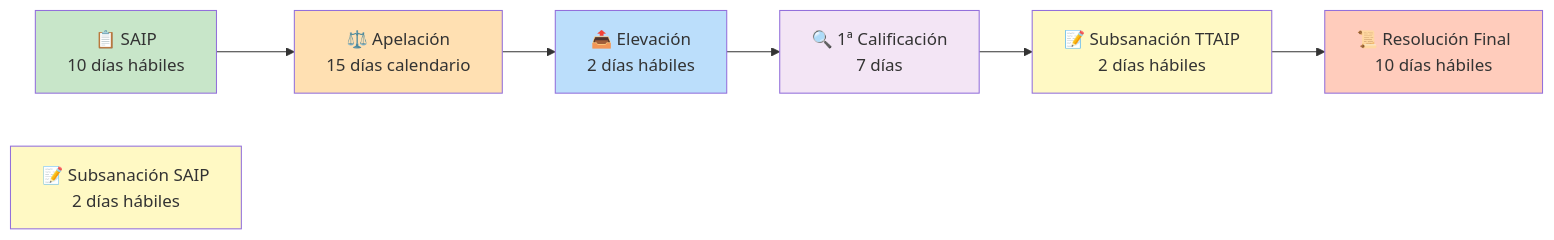
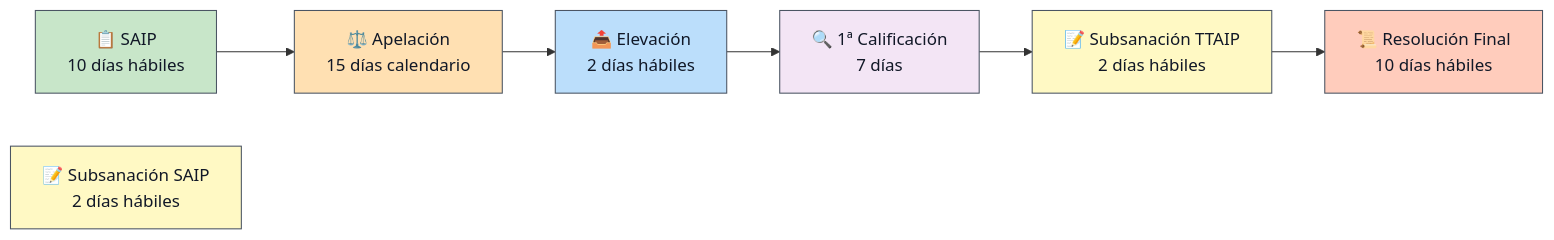
The diagram in docs/src/content/docs/dominio/glosario.mdx (transparenciapublicadev/plataforma-saip-apelaciones), drawn with Mermaid before and after one commit. The commit also changed other lines of this file and 4 other files, not shown here.

First line of the commit message:
✨ feat(docs): improve Mermaid contrast and add docs CI workflow

````diff
--- a/docs/src/content/docs/dominio/glosario.mdx
+++ b/docs/src/content/docs/dominio/glosario.mdx
@@ -92,24 +92,24 @@
 ```mermaid
 graph LR
     P1["📋 SAIP<br/>10 días hábiles"]
     P2["📝 Subsanación SAIP<br/>2 días hábiles"]
     P3["⚖️ Apelación<br/>15 días calendario"]
     P4["📤 Elevación<br/>2 días hábiles"]
     P5["🔍 1ª Calificación<br/>7 días"]
     P6["📝 Subsanación TTAIP<br/>2 días hábiles"]
     P7["📜 Resolución Final<br/>10 días hábiles"]
     
     P1 --> P3
     P3 --> P4
     P4 --> P5
     P5 --> P6
     P6 --> P7
     
-    style P1 fill:#c8e6c9
-    style P2 fill:#fff9c4
-    style P3 fill:#ffe0b2
-    style P4 fill:#bbdefb
-    style P5 fill:#f3e5f5
-    style P6 fill:#fff9c4
-    style P7 fill:#ffccbc
+    style P1 fill:#c8e6c9,color:#111827,stroke:#4b5563,stroke-width:1px
+    style P2 fill:#fff9c4,color:#111827,stroke:#4b5563,stroke-width:1px
+    style P3 fill:#ffe0b2,color:#111827,stroke:#4b5563,stroke-width:1px
+    style P4 fill:#bbdefb,color:#111827,stroke:#4b5563,stroke-width:1px
+    style P5 fill:#f3e5f5,color:#111827,stroke:#4b5563,stroke-width:1px
+    style P6 fill:#fff9c4,color:#111827,stroke:#4b5563,stroke-width:1px
+    style P7 fill:#ffccbc,color:#111827,stroke:#4b5563,stroke-width:1px
 ```
````
